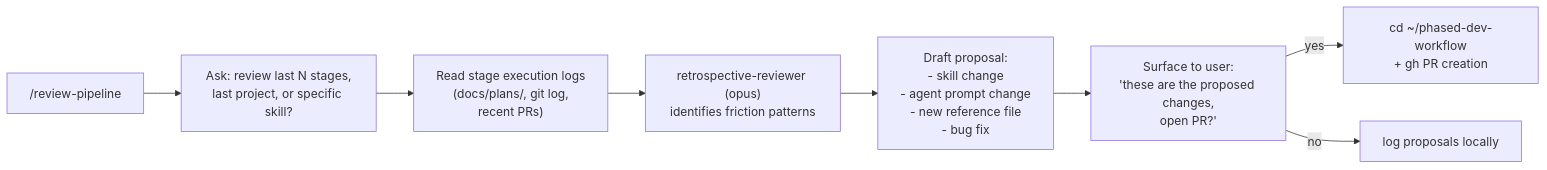
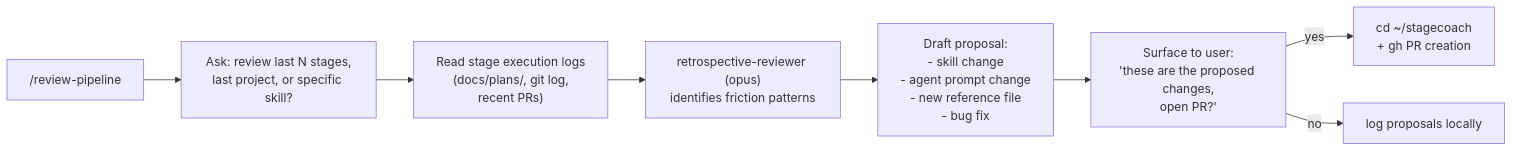
The diagram in skills/review-pipeline/SKILL.md (steve-piece/Stagecoach), drawn with Mermaid before and after one commit. The commit also changed other lines of this file and 9 other files, not shown here.

First line of the commit message:
chore: sync repo + plugin references from phased-dev-workflow to stagecoach

````diff
--- a/skills/review-pipeline/SKILL.md
+++ b/skills/review-pipeline/SKILL.md
@@ -44,10 +44,10 @@
 ```mermaid
 flowchart LR
   Invoke["/review-pipeline"] --> Scope["Ask: review last N stages,<br/>last project, or specific skill?"]
   Scope --> Read["Read stage execution logs<br/>(docs/plans/, git log,<br/>recent PRs)"]
   Read --> Analyze["retrospective-reviewer (opus)<br/>identifies friction patterns"]
   Analyze --> Draft["Draft proposal:<br/>- skill change<br/>- agent prompt change<br/>- new reference file<br/>- bug fix"]
   Draft --> Confirm["Surface to user:<br/>'these are the proposed changes,<br/>open PR?'"]
-  Confirm -->|yes| PR["cd ~/phased-dev-workflow<br/>+ gh PR creation"]
+  Confirm -->|yes| PR["cd ~/stagecoach<br/>+ gh PR creation"]
   Confirm -->|no| Done["log proposals locally"]
 ```
````
